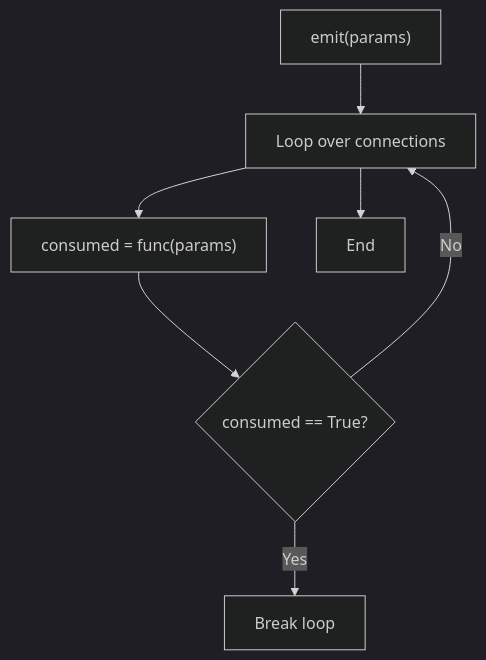
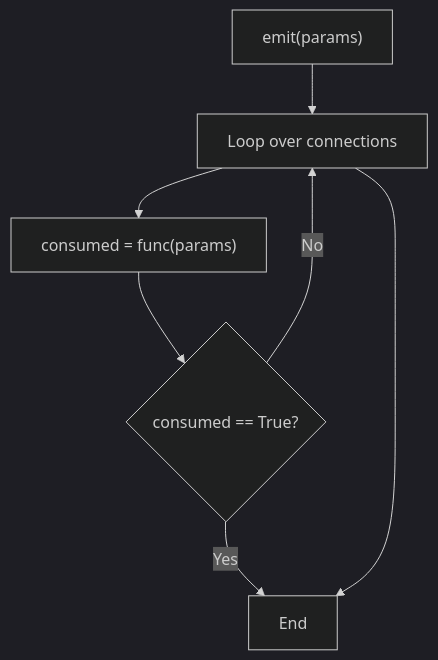
One commit to Askemanden/dasSpiel changed diagram 16 of 16 in README.md. Above: the diagram before and after it, drawn with Mermaid (dark theme).

Commit message:
Update flowchart logic in README

````diff
--- a/README.md
+++ b/README.md
@@ -669,9 +669,9 @@
 ```mermaid
 flowchart TD
     A["emit(params)"] --> B["Loop over connections"]
     B --> C["consumed = func(params)"]
     C --> D{"consumed == True?"}
-    D -- Yes --> Y["Break loop"]
+    D -- Yes --> Z["End"]
     D -- No --> B
-    B --> Z["End"]
+    B --> Z
 ```
````
